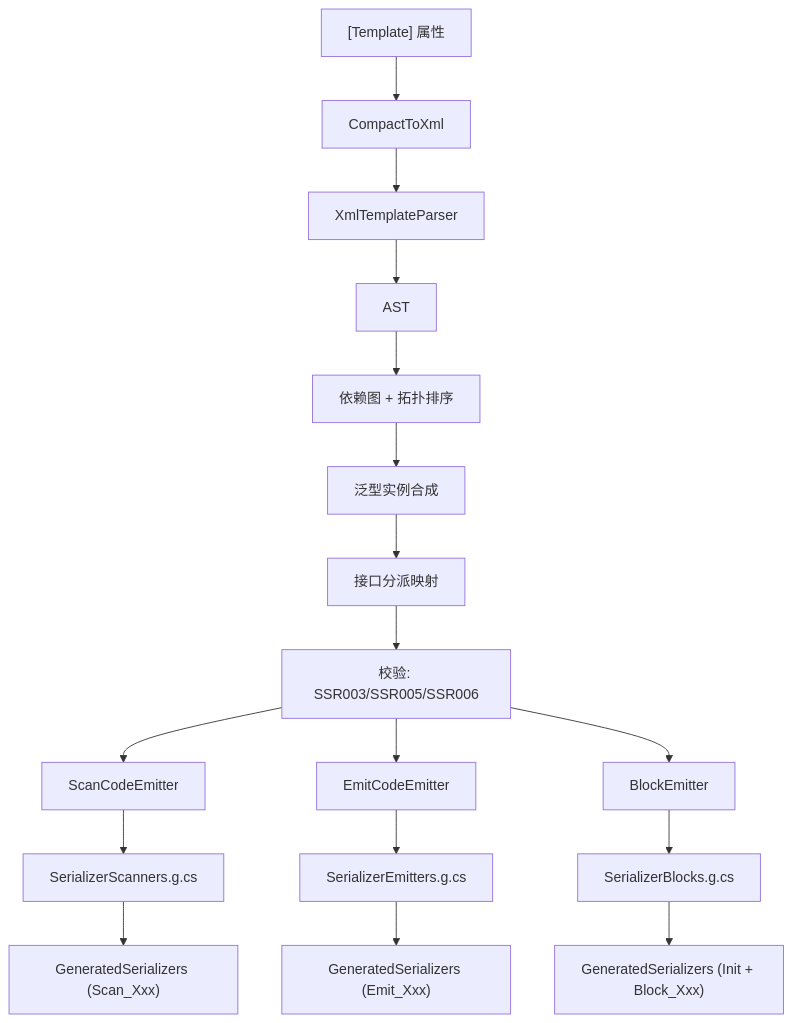
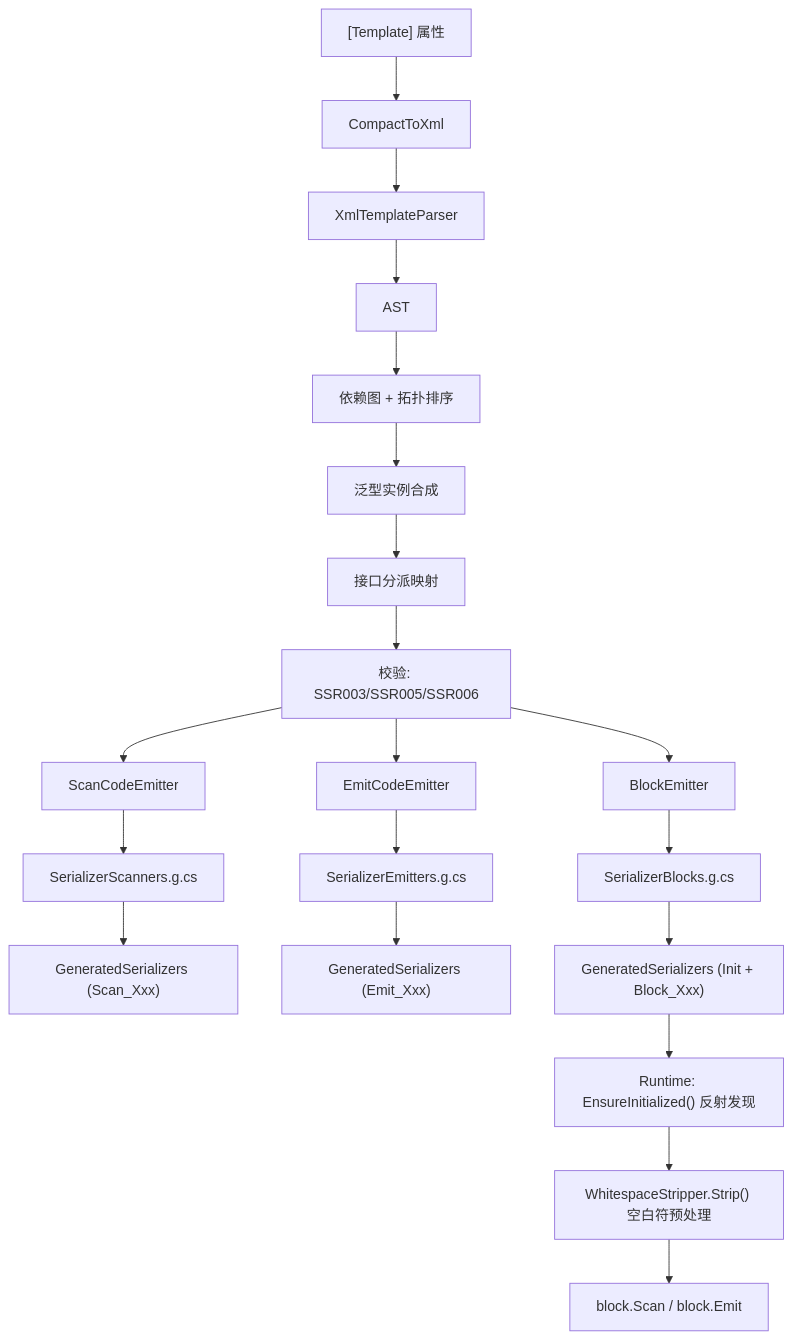
One commit to twds0x13/SourceSerializer changed the diagram in docs/technical/pipeline/overview.md. Above: the diagram before and after it, drawn with Mermaid. The commit also changed other lines of this file and 8 other files, not shown here.

````diff
--- a/docs/technical/pipeline/overview.md
+++ b/docs/technical/pipeline/overview.md
@@ -7,19 +7,22 @@
 ```mermaid
 flowchart TD
     A["[Template] 属性"] --> B[CompactToXml]
     B --> C[XmlTemplateParser]
     C --> D[AST]
     D --> E[依赖图 + 拓扑排序]
     E --> F[泛型实例合成]
     F --> G[接口分派映射]
     G --> H[校验: SSR003/SSR005/SSR006]
     H --> I[ScanCodeEmitter]
     H --> J[EmitCodeEmitter]
     H --> K[BlockEmitter]
     I --> L[SerializerScanners.g.cs]
     J --> M[SerializerEmitters.g.cs]
     K --> N[SerializerBlocks.g.cs]
     L --> O["GeneratedSerializers (Scan_Xxx)"]
     M --> P["GeneratedSerializers (Emit_Xxx)"]
     N --> Q["GeneratedSerializers (Init + Block_Xxx)"]
+    Q --> R["Runtime: EnsureInitialized() 反射发现"]
+    R --> S["WhitespaceStripper.Strip() 空白符预处理"]
+    S --> T["block.Scan / block.Emit"]
 ```
````
